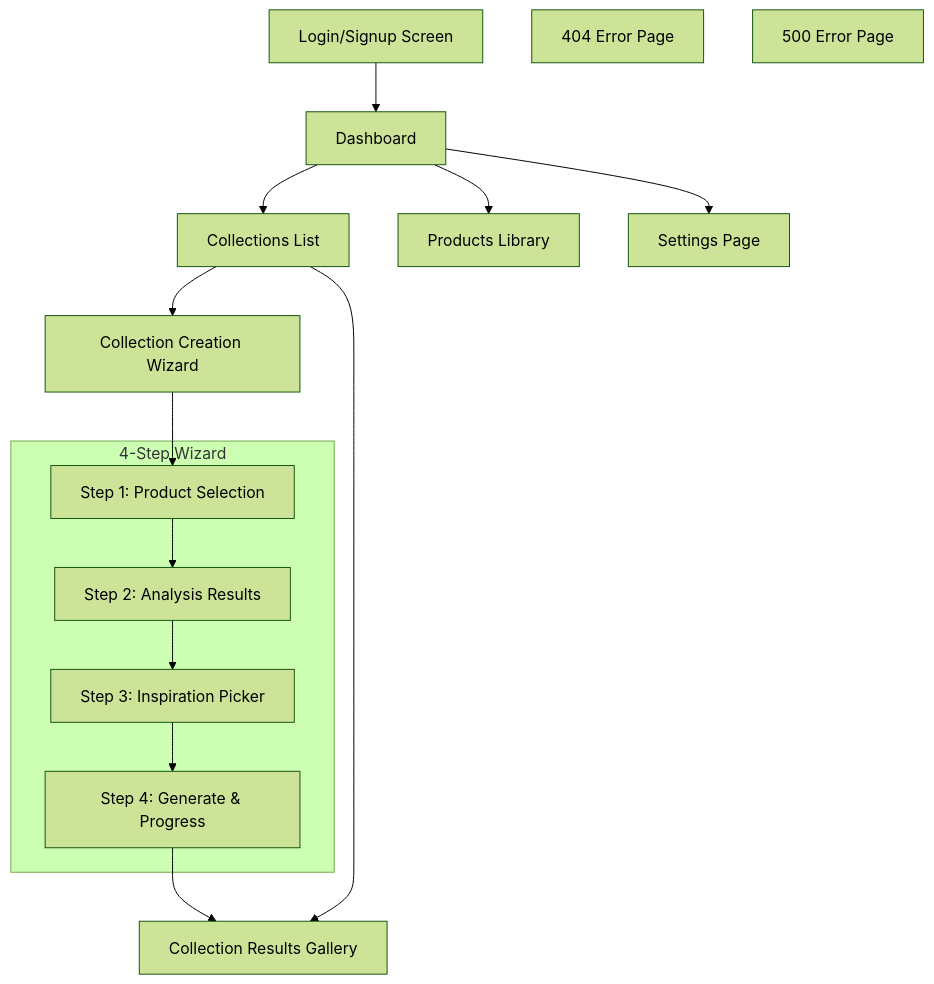
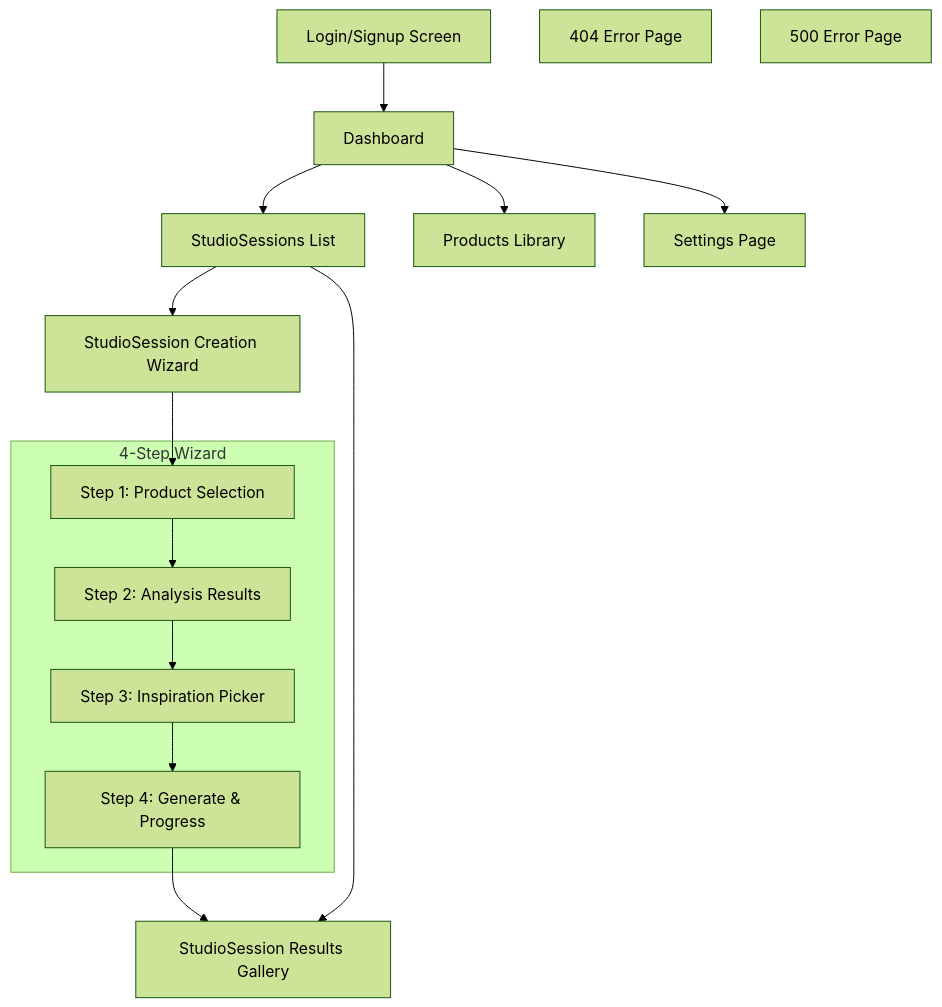
One commit to shlior7/epox-monorepo changed the diagram in apps/scenergy-visualizer/design-log/005-screens-ui-components.md. Above: the diagram before and after it, drawn with Mermaid (forest theme). The commit also changed other lines of this file and 8 other files, not shown here.

````diff
--- a/apps/scenergy-visualizer/design-log/005-screens-ui-components.md
+++ b/apps/scenergy-visualizer/design-log/005-screens-ui-components.md
@@ -68,27 +68,27 @@
 ```mermaid
 graph TB
     Login[Login/Signup Screen] --> Dashboard[Dashboard]
-    Dashboard --> Collections[Collections List]
+    Dashboard --> StudioSessions[StudioSessions List]
     Dashboard --> Products[Products Library]
     Dashboard --> Settings[Settings Page]
 
-    Collections --> Wizard[Collection Creation Wizard]
+    StudioSessions --> Wizard[StudioSession Creation Wizard]
 
     subgraph wizard [4-Step Wizard]
         Step1[Step 1: Product Selection]
         Step2[Step 2: Analysis Results]
         Step3[Step 3: Inspiration Picker]
         Step4[Step 4: Generate & Progress]
     end
 
     Wizard --> Step1
     Step1 --> Step2
     Step2 --> Step3
     Step3 --> Step4
-    Step4 --> Results[Collection Results Gallery]
+    Step4 --> Results[StudioSession Results Gallery]
 
-    Collections --> Results
+    StudioSessions --> Results
 
     Error404[404 Error Page]
     Error500[500 Error Page]
 ```
````
